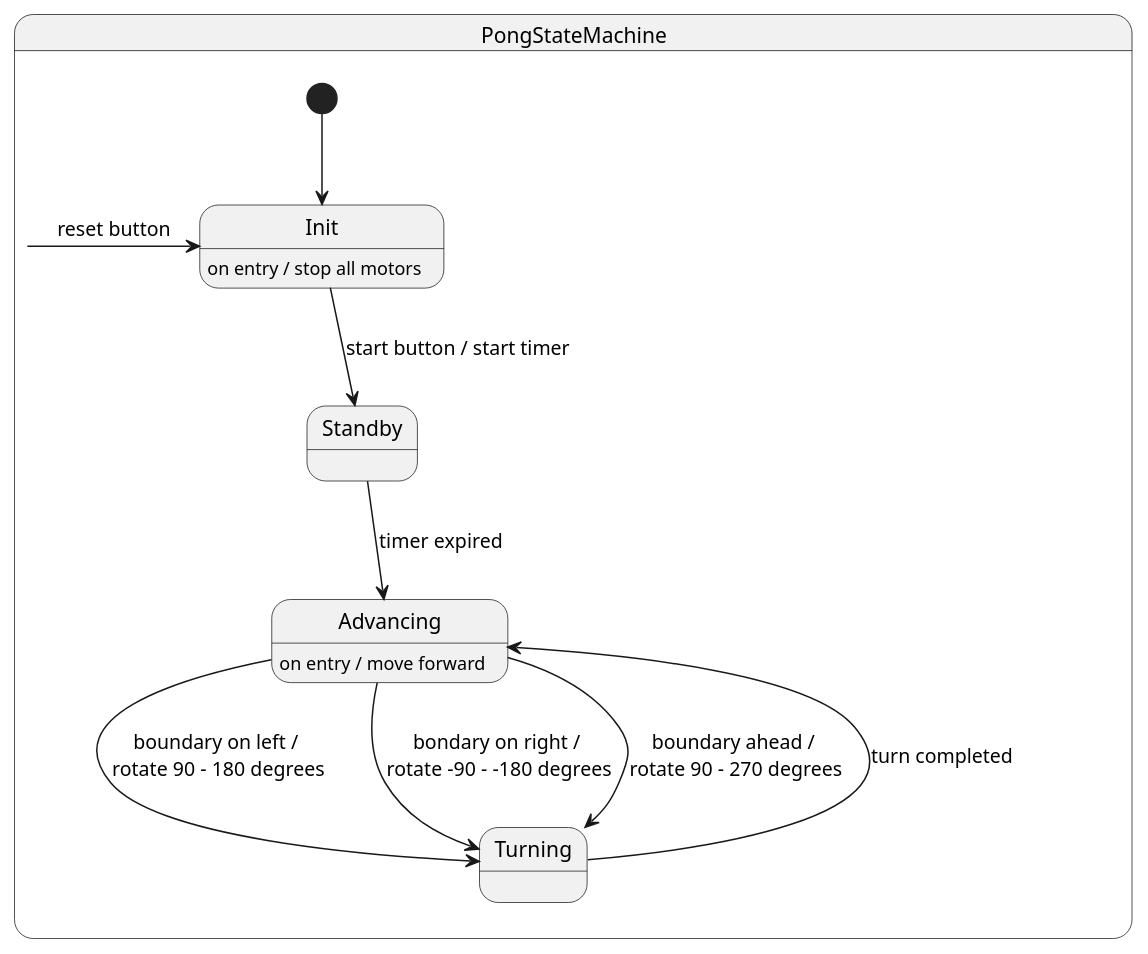
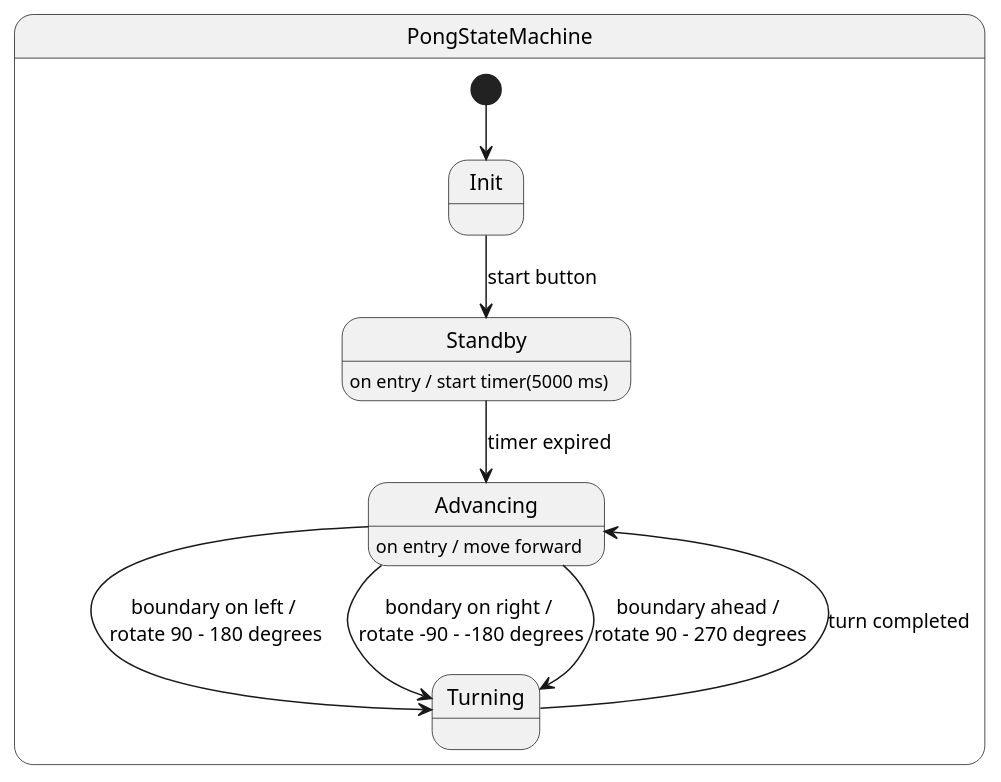
Before and after one commit to AndrewWasHere/pongbot: the diagram in statechart.puml, drawn with PlantUML. The commit also changed 12 other files, not shown here.

Commit message:
Start button, standby timer, and boundary sensor events implemented.

```diff
--- a/statechart.puml
+++ b/statechart.puml
@@ -1,14 +1,13 @@
 @startuml
 state PongStateMachine {
     [*] --> Init
-    Init : on entry / stop all motors
-    Init --> Standby : start button / start timer
+    Init --> Standby : start button
+    Standby : on entry / start timer(5000 ms)
     Standby --> Advancing : timer expired
     Advancing : on entry / move forward
     Advancing --> Turning : boundary on left / \nrotate 90 - 180 degrees
     Advancing --> Turning : bondary on right / \nrotate -90 - -180 degrees
     Advancing --> Turning : boundary ahead / \nrotate 90 - 270 degrees
     Turning --> Advancing : turn completed 
 }
-PongStateMachine -> Init : reset button
 @enduml
```
